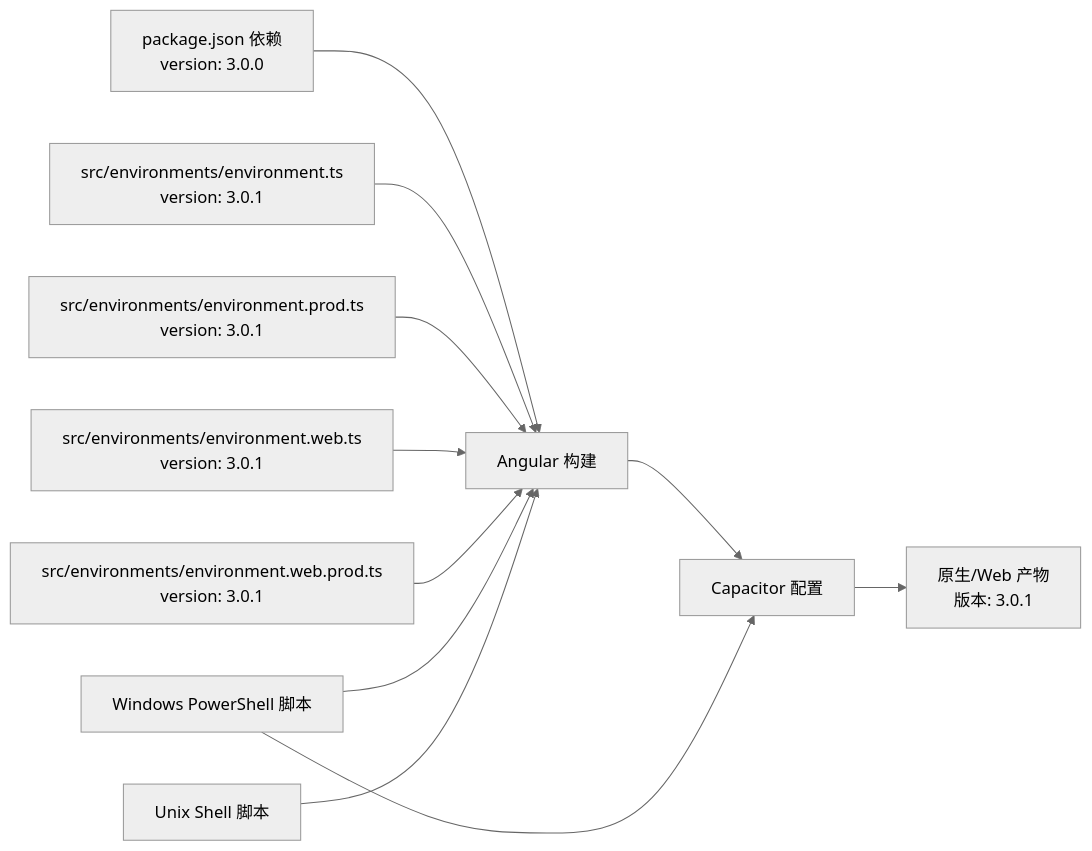
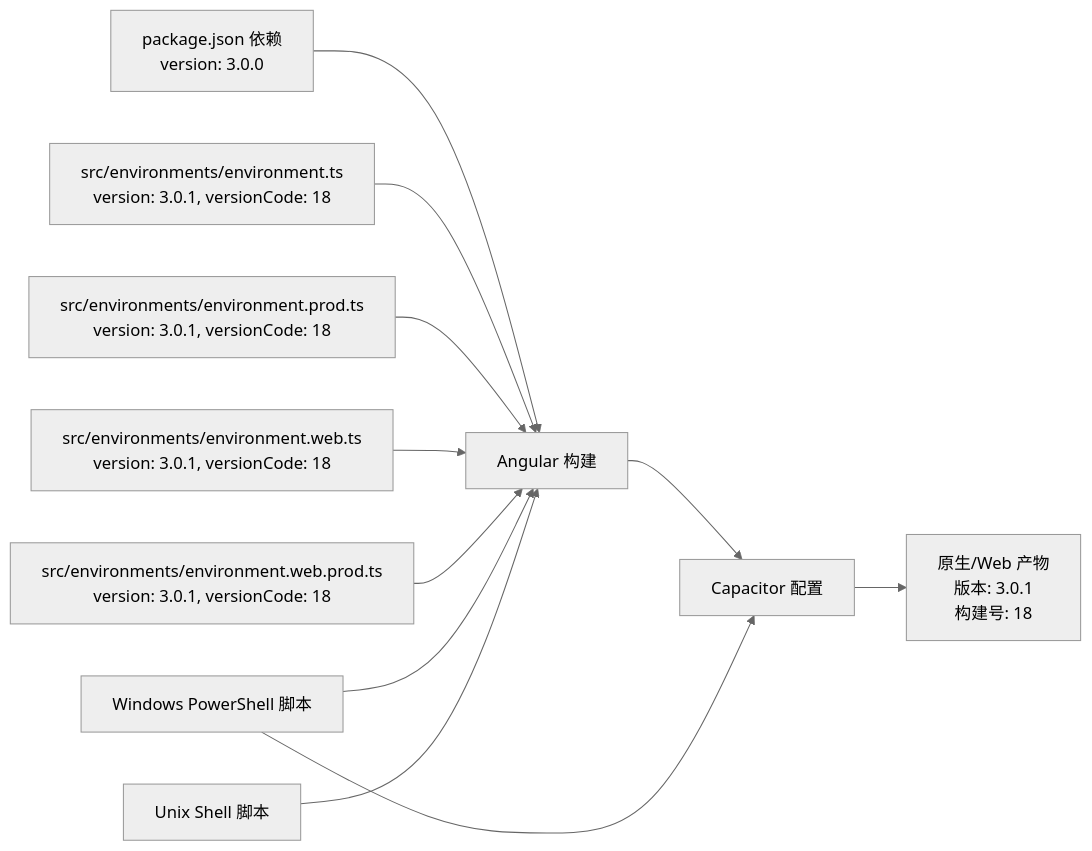
Before and after one commit to tea4go/Macro-Deck-Client-App: the ninth of 9 diagrams in .qoder/repowiki/zh/content/构建与部署/平台部署/平台部署.md, drawn with Mermaid (neutral theme). The commit also changed other lines of this file and 50 other files, not shown here.

````diff
--- a/.qoder/repowiki/zh/content/构建与部署/平台部署/平台部署.md
+++ b/.qoder/repowiki/zh/content/构建与部署/平台部署/平台部署.md
@@ -459,13 +372,13 @@
 ```mermaid
 graph LR
 P["package.json 依赖<br/>version: 3.0.0"] --> A["Angular 构建"]
 A --> C["Capacitor 配置"]
-C --> R["原生/Web 产物<br/>版本: 3.0.1"]
-E1["src/environments/environment.ts<br/>version: 3.0.1"] --> A
-E2["src/environments/environment.prod.ts<br/>version: 3.0.1"] --> A
-E3["src/environments/environment.web.ts<br/>version: 3.0.1"] --> A
-E4["src/environments/environment.web.prod.ts<br/>version: 3.0.1"] --> A
+C --> R["原生/Web 产物<br/>版本: 3.0.1<br/>构建号: 18"]
+E1["src/environments/environment.ts<br/>version: 3.0.1, versionCode: 18"] --> A
+E2["src/environments/environment.prod.ts<br/>version: 3.0.1, versionCode: 18"] --> A
+E3["src/environments/environment.web.ts<br/>version: 3.0.1, versionCode: 18"] --> A
+E4["src/environments/environment.web.prod.ts<br/>version: 3.0.1, versionCode: 18"] --> A
 WS["Windows PowerShell 脚本"] --> A
 WS --> C
 SH["Unix Shell 脚本"] --> A
 ```
````
